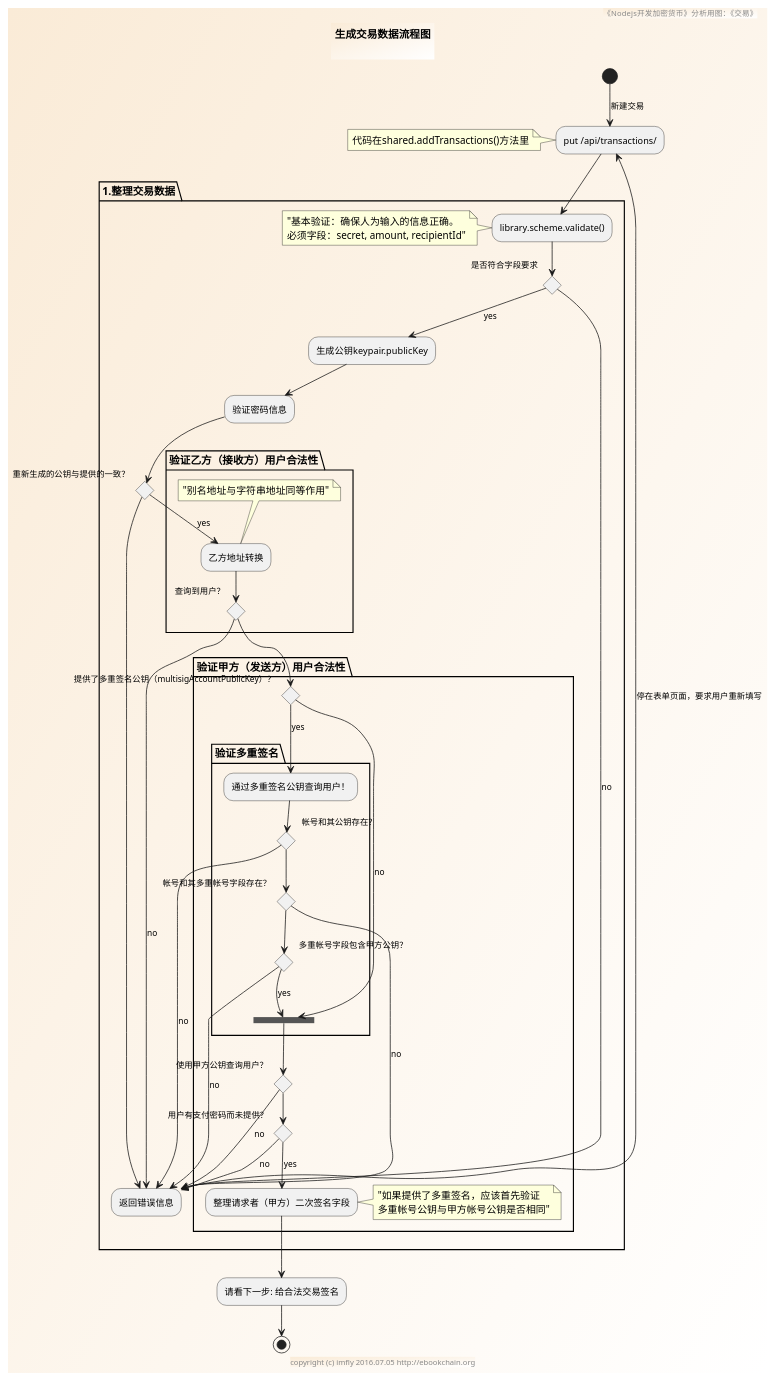
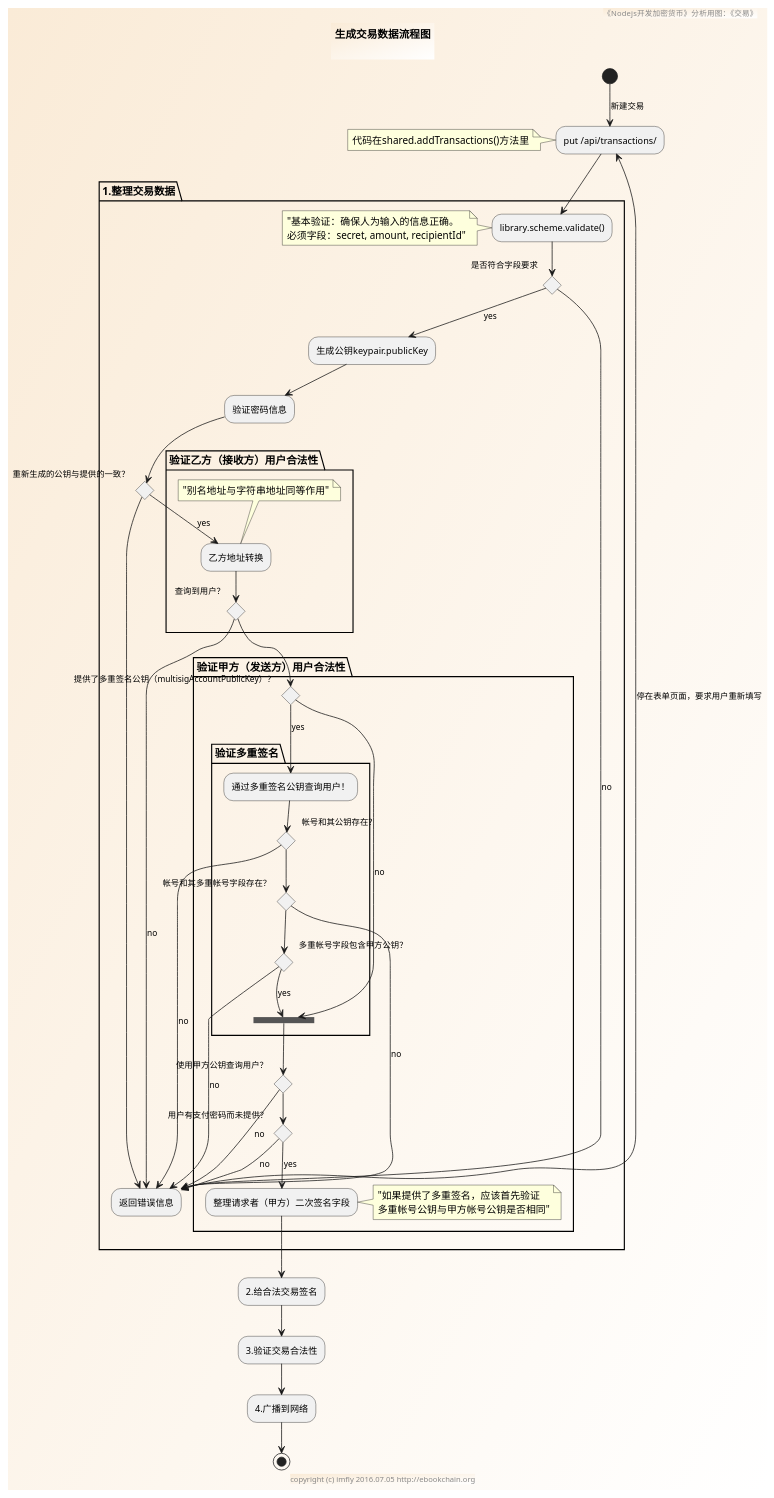
Before and after one commit to brightmanforever022/bitcoin-on-nodejs: the diagram in sources/modules/transactions/addTransaction.pu, drawn with PlantUML. The commit also changed 8 other files, not shown here.

Commit message:
修改流程图

```diff
--- a/sources/modules/transactions/addTransaction.pu
+++ b/sources/modules/transactions/addTransaction.pu
@@ -1,82 +1,85 @@
 @startuml ../../../styles/images/modules/transactions/addTransaction-activity.png
 skinparam BorderColor #blue\9932CC
 skinparam backgroundcolor AntiqueWhite/white
 
 title
 生成交易数据流程图
 
 end title
 
 footer copyright (c) imfly 2016.07.05 http://ebookchain.org
 header 《Nodejs开发加密货币》分析用图：《交易》
 
 ' shared.addTransactions()代码逻辑
 
 (*)--> [新建交易] "put /api/transactions/" as inputForm
 note left: 代码在shared.addTransactions()方法里
 
 partition "1.整理交易数据" {
     --> library.scheme.validate()
     note left
     "基本验证：确保人为输入的信息正确。
     必须字段：secret, amount, recipientId"
     end note
     if "是否符合字段要求" then
     --> [no] "返回错误信息" as return_error_msg
     -left-> [停在表单页面，要求用户重新填写] inputForm
     else
     --> [yes] "生成公钥keypair.publicKey"
     --> 验证密码信息
         if "重新生成的公钥与提供的一致？" then
         --> return_error_msg
         else
         partition "验证乙方（接收方）用户合法性" {
           --> [yes] "乙方地址转换"
           note top: "别名地址与字符串地址同等作用"
             if "查询到用户？" then
             --> [no] return_error_msg
         }
             else
                 partition "验证甲方（发送方）用户合法性" {
                     if "提供了多重签名公钥（multisigAccountPublicKey）？" then
                         partition "验证多重签名" {
                           --> [yes] "通过多重签名公钥查询用户！"
                           if "帐号和其公钥存在？" then
                           --> [no] return_error_msg
                           else
                               if "帐号和其多重帐号字段存在？" then
                               --> [no] return_error_msg
                               else
                                 if "多重帐号字段包含甲方公钥？" then
                                 --> [no] return_error_msg
                                 else
                                 --> [yes] ==verify_account==
                                 endif
                               endif
 
                           endif
                         }
                     else
                     --> [no] ==verify_account==
                         if "使用甲方公钥查询用户？" then
                         --> [no] return_error_msg
                         else
                             if "用户有支付密码而未提供？" then
                             --> [no] return_error_msg
                             else
                             --> [yes] "整理请求者（甲方）二次签名字段"
                             note right
                             "如果提供了多重签名，应该首先验证
                             多重帐号公钥与甲方帐号公钥是否相同"
                             end note
                             endif
                         endif
                     endif
                 }
             endif
         endif
     endif
 }
---> "请看下一步: 给合法交易签名"
+--> "2.给合法交易签名"
+--> "3.验证交易合法性"
+--> "4.广播到网络"
+
 --> (*)
 @enduml
```
